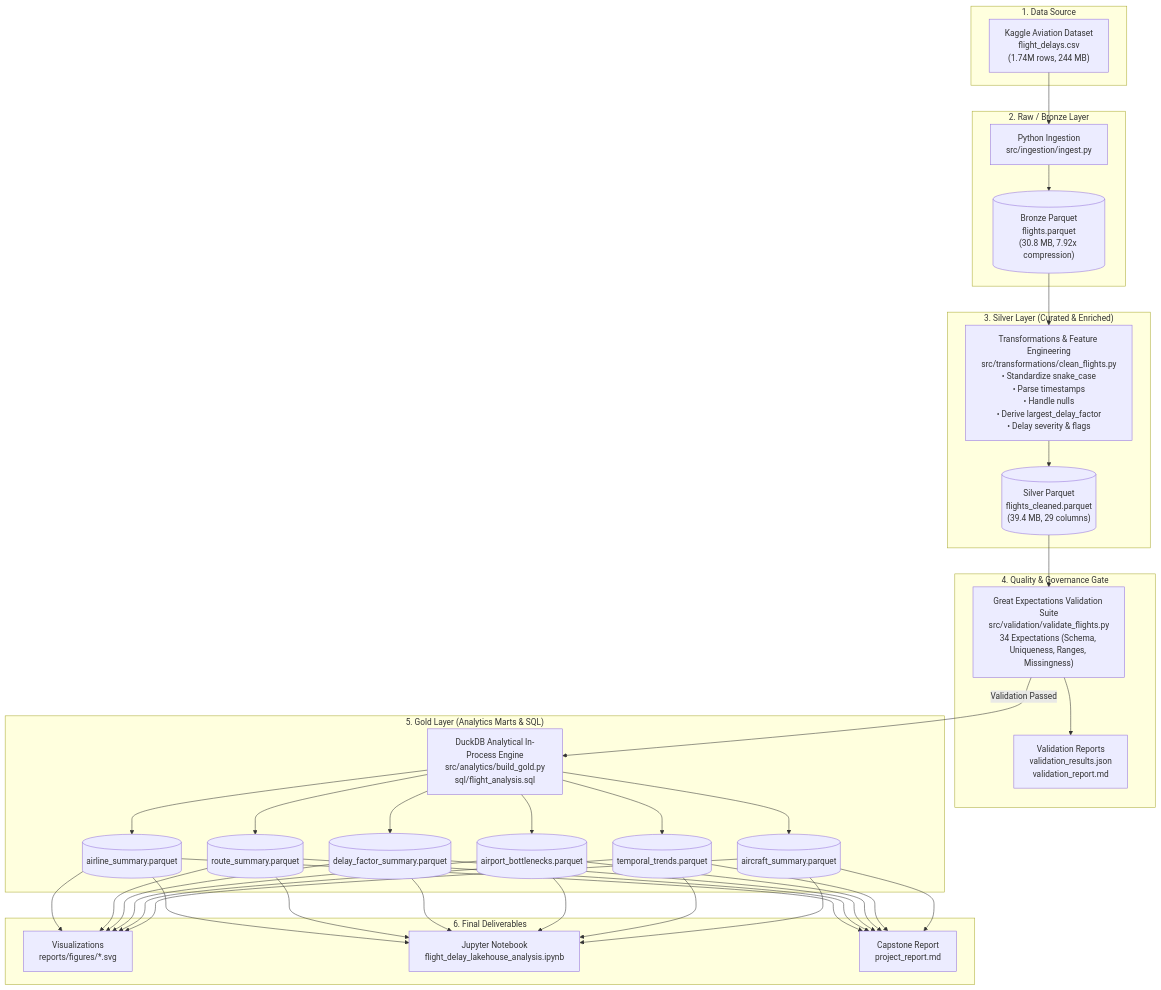
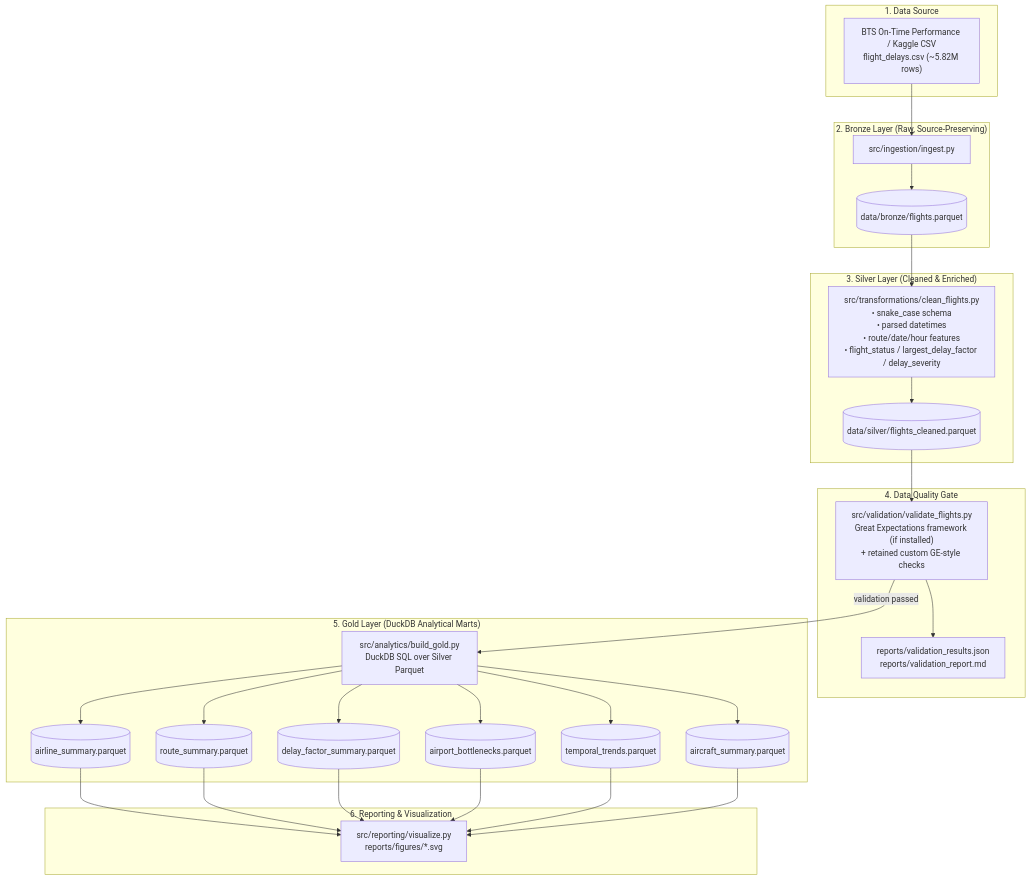
Before and after one commit to R123-RB/Flight-Delay-Lakehouse: the diagram in docs/architecture.md, drawn with Mermaid. The commit also changed other lines of this file and 50 other files, not shown here.

````diff
--- a/docs/architecture.md
+++ b/docs/architecture.md
@@ -6,53 +6,41 @@
 ```mermaid
 flowchart TD
     subgraph Data_Source ["1. Data Source"]
-        raw_csv["Kaggle Aviation Dataset<br/>flight_delays.csv<br/>(1.74M rows, 244 MB)"]
+        raw_csv["BTS On-Time Performance / Kaggle CSV\nflight_delays.csv (~5.82M rows)"]
     end
 
-    subgraph Bronze_Layer ["2. Raw / Bronze Layer"]
-        ingest_py["Python Ingestion<br/>src/ingestion/ingest.py"]
-        bronze_pq[("Bronze Parquet<br/>flights.parquet<br/>(30.8 MB, 7.92x compression)")]
+    subgraph Bronze_Layer ["2. Bronze Layer (Raw, Source-Preserving)"]
+        ingest_py["src/ingestion/ingest.py"]
+        bronze_pq[("data/bronze/flights.parquet")]
         raw_csv --> ingest_py --> bronze_pq
     end
 
-    subgraph Silver_Layer ["3. Silver Layer (Curated & Enriched)"]
-        clean_py["Transformations & Feature Engineering<br/>src/transformations/clean_flights.py<br/>• Standardize snake_case<br/>• Parse timestamps<br/>• Handle nulls<br/>• Derive largest_delay_factor<br/>• Delay severity & flags"]
-        silver_pq[("Silver Parquet<br/>flights_cleaned.parquet<br/>(39.4 MB, 29 columns)")]
+    subgraph Silver_Layer ["3. Silver Layer (Cleaned & Enriched)"]
+        clean_py["src/transformations/clean_flights.py\n• snake_case schema\n• parsed datetimes\n• route/date/hour features\n• flight_status / largest_delay_factor / delay_severity"]
+        silver_pq[("data/silver/flights_cleaned.parquet")]
         bronze_pq --> clean_py --> silver_pq
     end
 
-    subgraph Quality_Gate ["4. Quality & Governance Gate"]
-        gx_val["Great Expectations Validation Suite<br/>src/validation/validate_flights.py<br/>34 Expectations (Schema, Uniqueness, Ranges, Missingness)"]
-        gx_report["Validation Reports<br/>validation_results.json<br/>validation_report.md"]
-        silver_pq --> gx_val
-        gx_val --> gx_report
+    subgraph Quality_Gate ["4. Data Quality Gate"]
+        dq["src/validation/validate_flights.py\nGreat Expectations framework (if installed)\n+ retained custom GE-style checks"]
+        reports["reports/validation_results.json\nreports/validation_report.md"]
+        silver_pq --> dq --> reports
     end
 
-    subgraph Gold_Layer ["5. Gold Layer (Analytics Marts & SQL)"]
-        duckdb_engine["DuckDB Analytical In-Process Engine<br/>src/analytics/build_gold.py<br/>sql/flight_analysis.sql"]
-        gx_val -->|Validation Passed| duckdb_engine
-        
+    subgraph Gold_Layer ["5. Gold Layer (DuckDB Analytical Marts)"]
+        duckdb_engine["src/analytics/build_gold.py\nDuckDB SQL over Silver Parquet"]
         m1[("airline_summary.parquet")]
         m2[("route_summary.parquet")]
         m3[("delay_factor_summary.parquet")]
         m4[("airport_bottlenecks.parquet")]
         m5[("temporal_trends.parquet")]
         m6[("aircraft_summary.parquet")]
-        
-        duckdb_engine --> m1
-        duckdb_engine --> m2
-        duckdb_engine --> m3
-        duckdb_engine --> m4
-        duckdb_engine --> m5
-        duckdb_engine --> m6
+        dq -->|validation passed| duckdb_engine
+        duckdb_engine --> m1 & m2 & m3 & m4 & m5 & m6
     end
 
-    subgraph Deliverables ["6. Final Deliverables"]
-        viz["Visualizations<br/>reports/figures/*.svg"]
-        nb["Jupyter Notebook<br/>flight_delay_lakehouse_analysis.ipynb"]
-        rep["Capstone Report<br/>project_report.md"]
+    subgraph Delivery ["6. Reporting & Visualization"]
+        viz["src/reporting/visualize.py\nreports/figures/*.svg"]
         m1 & m2 & m3 & m4 & m5 & m6 --> viz
-        m1 & m2 & m3 & m4 & m5 & m6 --> nb
-        m1 & m2 & m3 & m4 & m5 & m6 --> rep
     end
 ```
````
